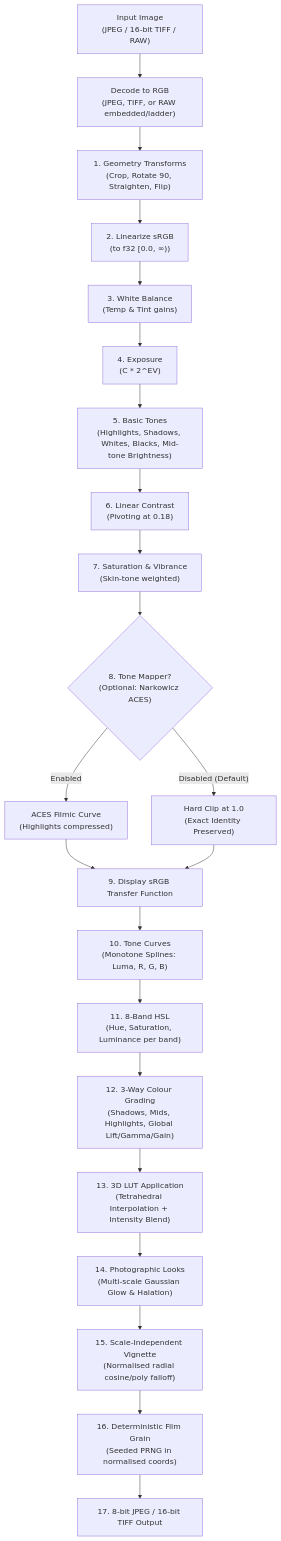
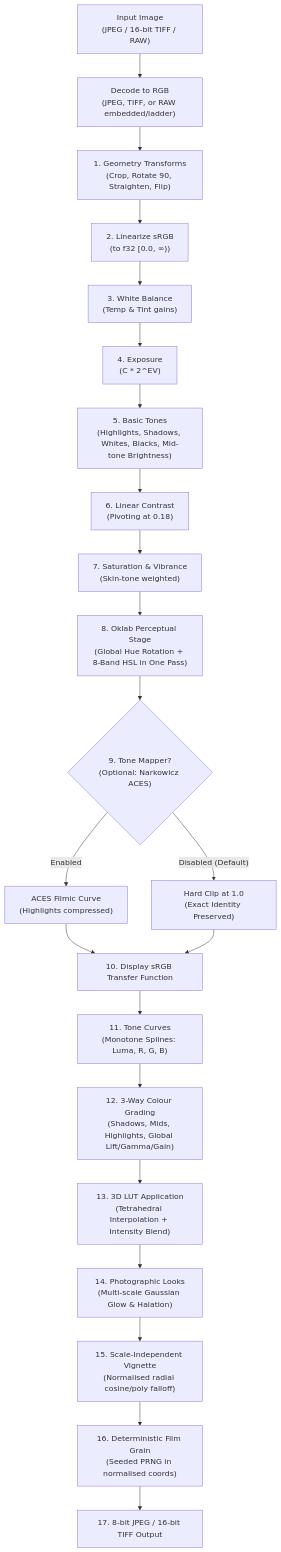
The second of 2 diagrams in docs/edit-plan.md (PabloGTUOC/MasterPhotoTools), drawn with Mermaid before and after one commit. The commit also changed other lines of this file and 12 other files, not shown here.

First line of the commit message:
Add 8-band HSL in one Oklab pass (ED-11)

````diff
--- a/docs/edit-plan.md
+++ b/docs/edit-plan.md
@@ -506,24 +506,24 @@
 ```mermaid
 flowchart TD
     Input["Input Image<br>(JPEG / 16-bit TIFF / RAW)"] --> Decode["Decode to RGB<br>(JPEG, TIFF, or RAW embedded/ladder)"]
     Decode --> Geom["1. Geometry Transforms<br>(Crop, Rotate 90, Straighten, Flip)"]
     Geom --> Linear["2. Linearize sRGB<br>(to f32 [0.0, ∞))"]
     Linear --> WB["3. White Balance<br>(Temp & Tint gains)"]
     WB --> Exp["4. Exposure<br>(C * 2^EV)"]
     Exp --> Tones["5. Basic Tones<br>(Highlights, Shadows, Whites, Blacks, Mid-tone Brightness)"]
     Tones --> Contrast["6. Linear Contrast<br>(Pivoting at 0.18)"]
     Contrast --> Sat["7. Saturation & Vibrance<br>(Skin-tone weighted)"]
-    Sat --> ToneMap{"8. Tone Mapper?<br>(Optional: Narkowicz ACES)"}
+    Sat --> Oklab["8. Oklab Perceptual Stage<br>(Global Hue Rotation + 8-Band HSL in One Pass)"]
+    Oklab --> ToneMap{"9. Tone Mapper?<br>(Optional: Narkowicz ACES)"}
     ToneMap -- "Enabled" --> ACES["ACES Filmic Curve<br>(Highlights compressed)"]
     ToneMap -- "Disabled (Default)" --> HardClamp["Hard Clip at 1.0<br>(Exact Identity Preserved)"]
-    ACES --> Display["9. Display sRGB Transfer Function"]
+    ACES --> Display["10. Display sRGB Transfer Function"]
     HardClamp --> Display
-    Display --> Curves["10. Tone Curves<br>(Monotone Splines: Luma, R, G, B)"]
-    Curves --> HSL["11. 8-Band HSL<br>(Hue, Saturation, Luminance per band)"]
-    HSL --> Wheels["12. 3-Way Colour Grading<br>(Shadows, Mids, Highlights, Global Lift/Gamma/Gain)"]
+    Display --> Curves["11. Tone Curves<br>(Monotone Splines: Luma, R, G, B)"]
+    Curves --> Wheels["12. 3-Way Colour Grading<br>(Shadows, Mids, Highlights, Global Lift/Gamma/Gain)"]
     Wheels --> LUT["13. 3D LUT Application<br>(Tetrahedral Interpolation + Intensity Blend)"]
     LUT --> Looks["14. Photographic Looks<br>(Multi-scale Gaussian Glow & Halation)"]
     Looks --> Vignette["15. Scale-Independent Vignette<br>(Normalised radial cosine/poly falloff)"]
     Vignette --> Grain["16. Deterministic Film Grain<br>(Seeded PRNG in normalised coords)"]
     Grain --> Encode["17. 8-bit JPEG / 16-bit TIFF Output"]
 ```
````
